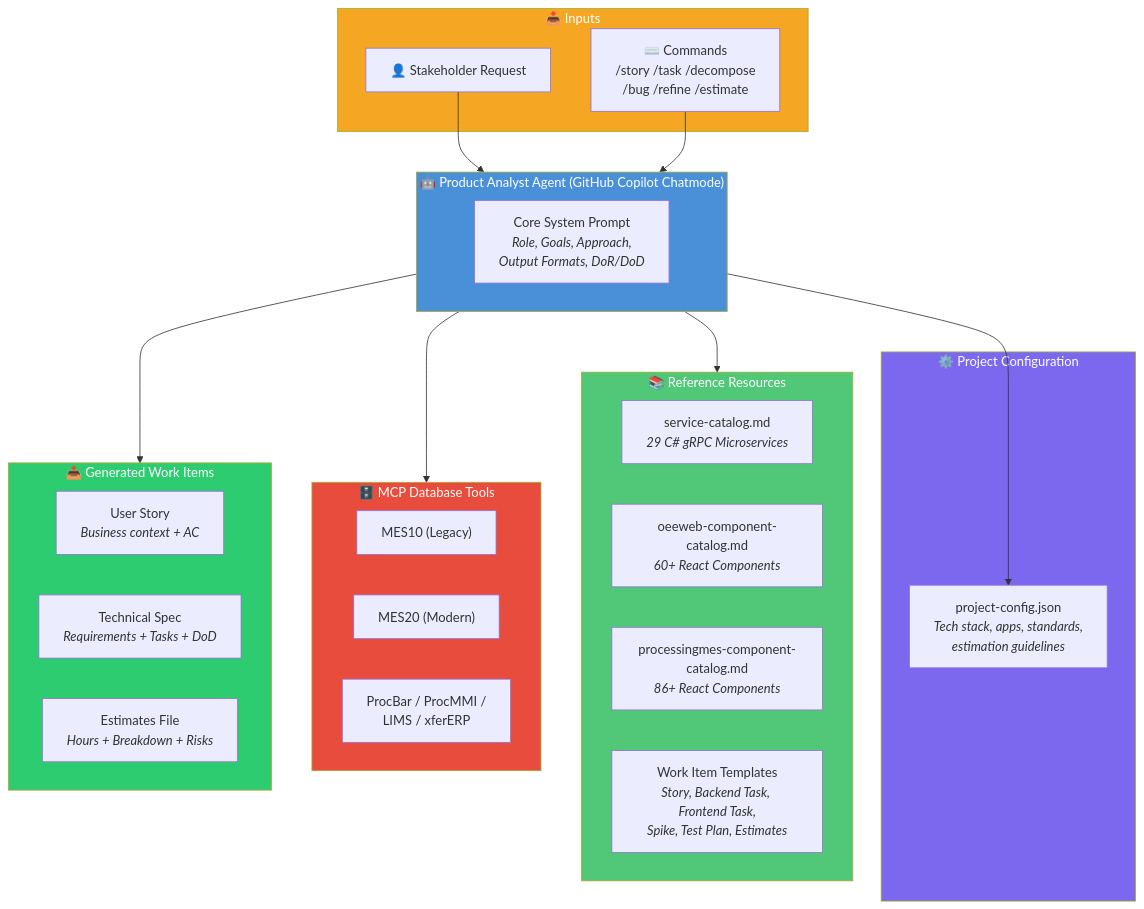
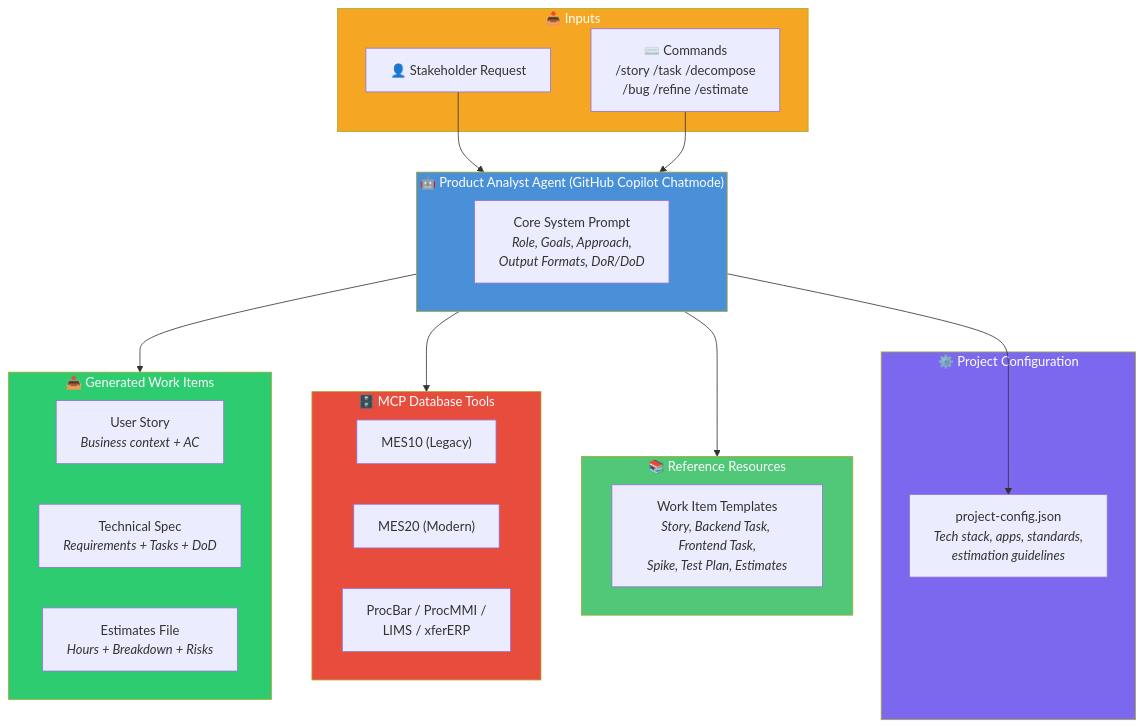
Before and after one commit to dnewton-brocksolutions/copilot-product-analyst: the first of 7 diagrams in documentation/PA-AGENT-DIAGRAMS.md, drawn with Mermaid. The commit also changed other lines of this file and 10 other files, not shown here.

````diff
--- a/documentation/PA-AGENT-DIAGRAMS.md
+++ b/documentation/PA-AGENT-DIAGRAMS.md
@@ -11,48 +11,45 @@
 ```mermaid
 graph TB
     subgraph Agent["🤖 Product Analyst Agent (GitHub Copilot Chatmode)"]
         Core["Core System Prompt<br/><i>Role, Goals, Approach,<br/>Output Formats, DoR/DoD</i>"]
     end
 
     subgraph Inputs["📥 Inputs"]
         Stakeholder["👤 Stakeholder Request"]
         Commands["⌨️ Commands<br/>/story /task /decompose<br/>/bug /refine /estimate"]
     end
 
     subgraph Config["⚙️ Project Configuration"]
         ProjConfig["project-config.json<br/><i>Tech stack, apps, standards,<br/>estimation guidelines</i>"]
     end
 
     subgraph Resources["📚 Reference Resources"]
-        ServiceCat["service-catalog.md<br/><i>29 C# gRPC Microservices</i>"]
-        OeeCat["oeeweb-component-catalog.md<br/><i>60+ React Components</i>"]
-        ProcCat["processingmes-component-catalog.md<br/><i>86+ React Components</i>"]
         Templates["Work Item Templates<br/><i>Story, Backend Task, Frontend Task,<br/>Spike, Test Plan, Estimates</i>"]
     end
 
     subgraph DB["🗄️ MCP Database Tools"]
         MES10["MES10 (Legacy)"]
         MES20["MES20 (Modern)"]
         OtherDB["ProcBar / ProcMMI /<br/>LIMS / xferERP"]
     end
 
     subgraph Outputs["📤 Generated Work Items"]
         Story["User Story<br/><i>Business context + AC</i>"]
         Technical["Technical Spec<br/><i>Requirements + Tasks + DoD</i>"]
         Estimates["Estimates File<br/><i>Hours + Breakdown + Risks</i>"]
     end
 
     Stakeholder --> Agent
     Commands --> Agent
     Agent --> ProjConfig
     Agent --> Resources
     Agent --> DB
     Agent --> Outputs
 
     style Agent fill:#4A90D9,color:#fff
     style Inputs fill:#F5A623,color:#fff
     style Config fill:#7B68EE,color:#fff
     style Resources fill:#50C878,color:#fff
     style DB fill:#E74C3C,color:#fff
     style Outputs fill:#2ECC71,color:#fff
 ```
````
